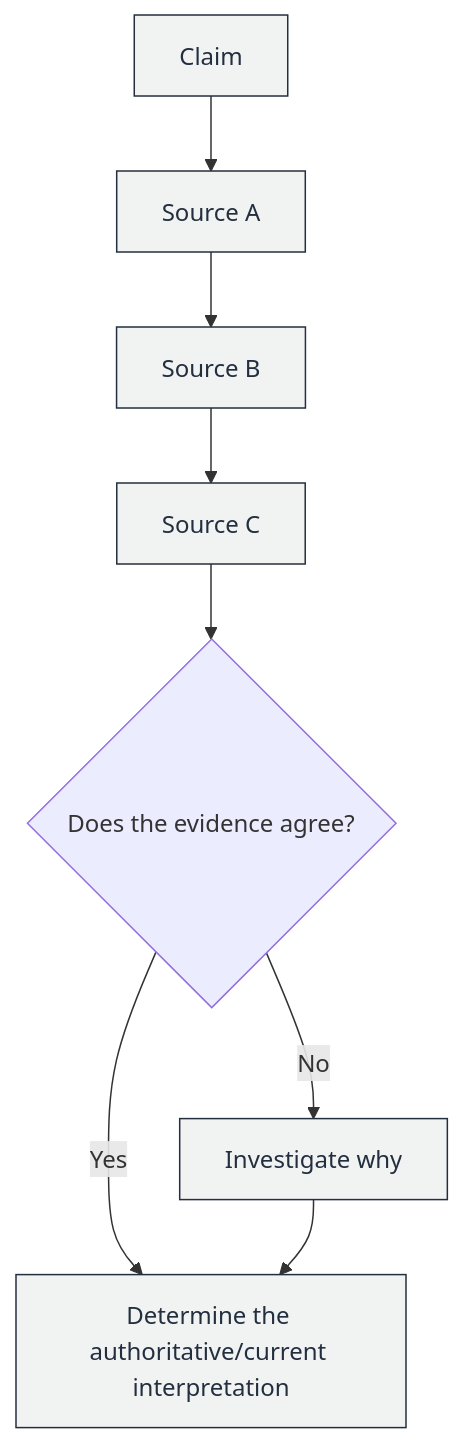
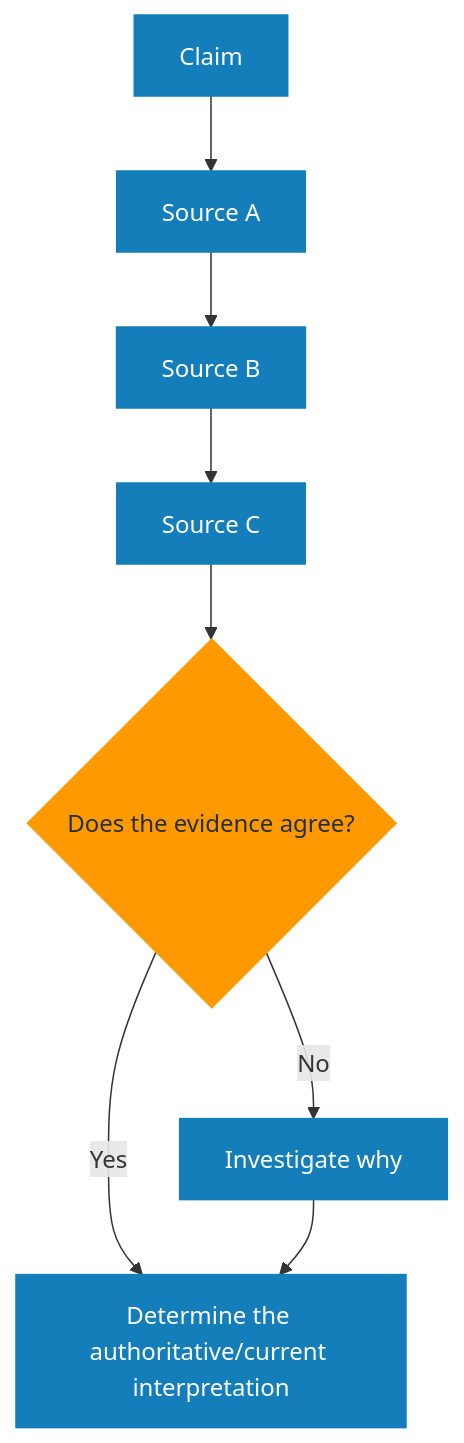
One commit to GabrielAlmeidaFlores/AWS-CloudOps-Engineer-Associate-Doc changed the third of 17 diagrams in AGENTS.md. Above: the diagram before and after it, drawn with Mermaid. The commit also changed other lines of this file and 10 other files, not shown here.

Commit message:
docs: restyle flowchart diagrams with the AWS color palette

````diff
--- a/AGENTS.md
+++ b/AGENTS.md
@@ -349,12 +349,14 @@
 ```mermaid
 flowchart TD
     A["Claim"] --> B["Source A"]
     B --> C["Source B"]
     C --> D["Source C"]
     D --> E{"Does the evidence agree?"}
     E -->|No| F["Investigate why"]
     E -->|Yes| G["Determine the authoritative/current interpretation"]
     F --> G
-    classDef step fill:#F1F3F3,stroke:#232F3E,color:#232F3E
+    classDef step fill:#147EBA,stroke:#147EBA,color:#ffffff
+    classDef decision fill:#FF9900,stroke:#FF9900,color:#232F3E
     class A,B,C,D,F,G step
+    class E decision
 ```
````
